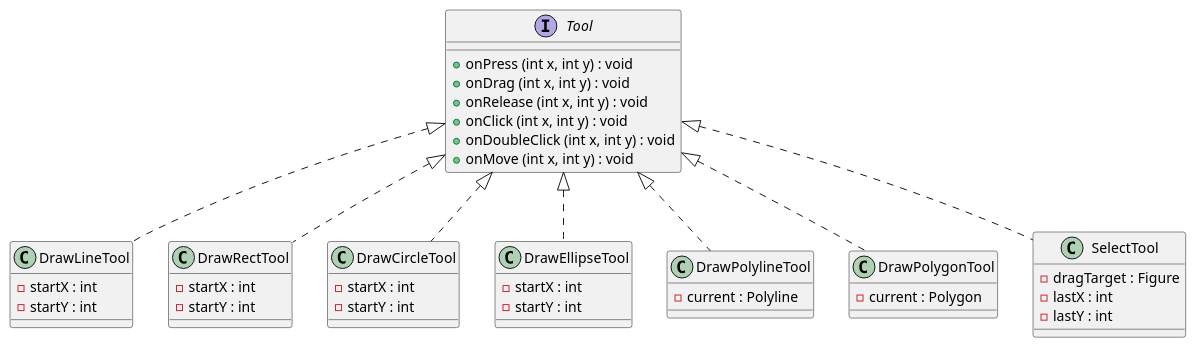
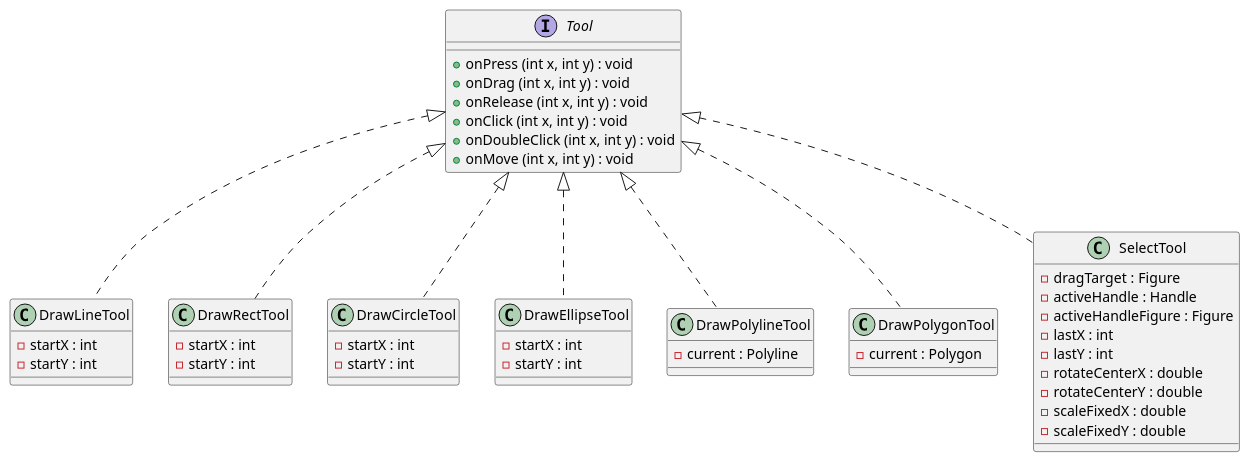
Before and after one commit to cpcp-lab/sdd-figure-editor: the third of 3 diagrams in docs/static-structure.md, drawn with PlantUML. The commit also changed other lines of this file and 21 other files, not shown here.

First line of the commit message:
Implement figure handles, AffineTransform support, and SVG transform extension

````diff
--- a/docs/static-structure.md
+++ b/docs/static-structure.md
@@ -220,56 +278,62 @@
 ```plantuml
 @startuml static-structure-tools
 
 interface Tool {
     + onPress (int x, int y) : void
     + onDrag (int x, int y) : void
     + onRelease (int x, int y) : void
     + onClick (int x, int y) : void
     + onDoubleClick (int x, int y) : void
     + onMove (int x, int y) : void
 }
 
 class DrawLineTool {
     - startX : int
     - startY : int
 }
 
 class DrawRectTool {
     - startX : int
     - startY : int
 }
 
 class DrawCircleTool {
     - startX : int
     - startY : int
 }
 
 class DrawEllipseTool {
     - startX : int
     - startY : int
 }
 
 class DrawPolylineTool {
     - current : Polyline
 }
 
 class DrawPolygonTool {
     - current : Polygon
 }
 
 class SelectTool {
     - dragTarget : Figure
+    - activeHandle : Handle
+    - activeHandleFigure : Figure
     - lastX : int
     - lastY : int
+    - rotateCenterX : double
+    - rotateCenterY : double
+    - scaleFixedX : double
+    - scaleFixedY : double
 }
 
 Tool <|.. DrawLineTool
 Tool <|.. DrawRectTool
 Tool <|.. DrawCircleTool
 Tool <|.. DrawEllipseTool
 Tool <|.. DrawPolylineTool
 Tool <|.. DrawPolygonTool
 Tool <|.. SelectTool
 
 @enduml
 ```
````
